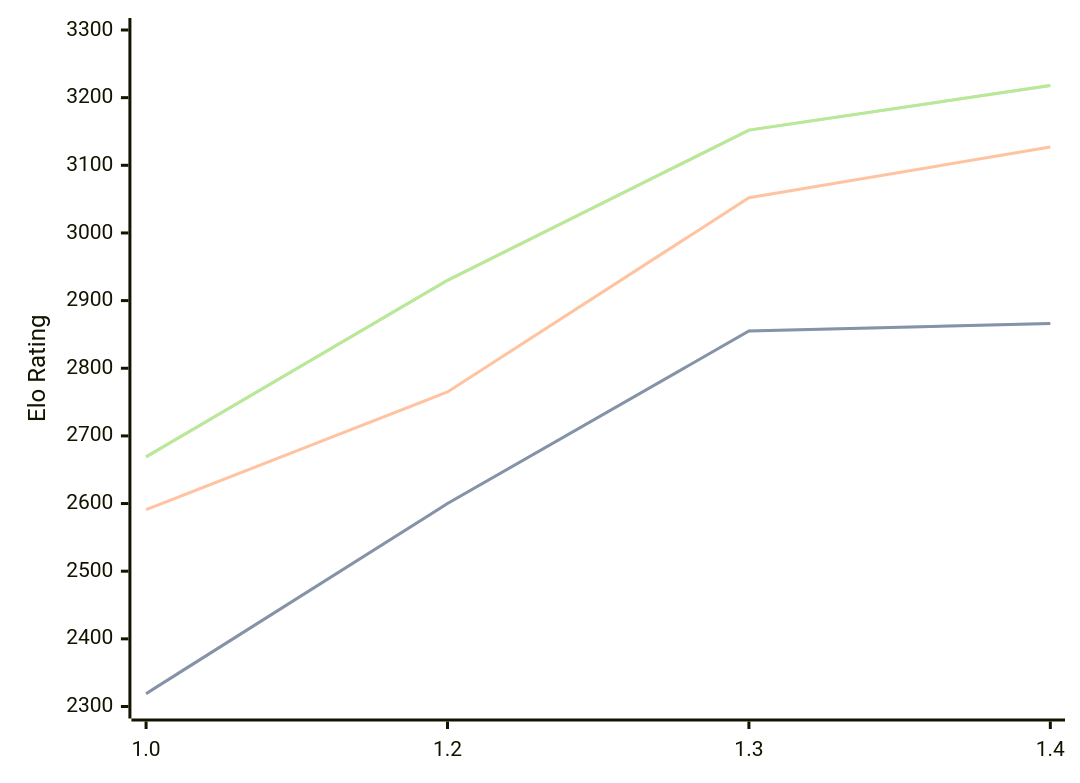
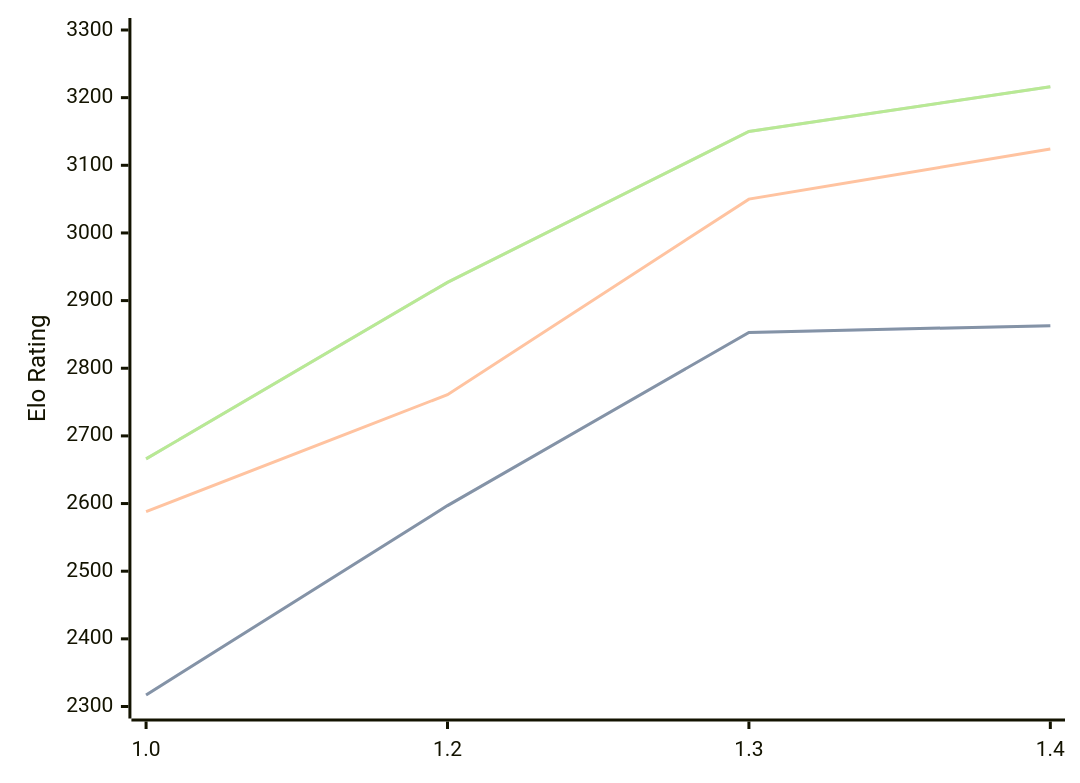
The diagram in engines/Chessnix.md (computer-chess-index/cci), drawn with Mermaid before and after one commit. The commit also changed other lines of this file, not shown here.

Commit message:
Update CCI Ratings (ELO VLTC) - 2026-06-08

````diff
--- a/engines/Chessnix.md
+++ b/engines/Chessnix.md
@@ -36,11 +36,11 @@
 ```mermaid
 %%{init: {"theme":"base","themeVariables":{"seriesColors:['#a3a3a3','#222221','#faa371']}}}%%
 xychart-beta
   x-axis ["1.0", "1.2", "1.3", "1.4"]
   y-axis "Elo Rating" 2300 --> 3300
-  line "STC (8.0+0.08s)" [2319, 2600, 2855, 2866]
-  line "STC (8.0+0.08s)" [2319, 2600, 2855, 2866]
-  line "LTC (60.0+0.60s)" [2591, 2765, 3052, 3127]
-  line "VLTC (2m24s+1.12s)" [2669, 2930, 3152, 3218]
-  line "VLTC (2m24s+1.12s)" [2669, 2930, 3152, 3218]
+  line "STC (8.0+0.08s)" [2317, 2597, 2853, 2863]
+  line "STC (8.0+0.08s)" [2317, 2597, 2853, 2863]
+  line "LTC (60.0+0.60s)" [2588, 2761, 3050, 3124]
+  line "VLTC (2m24s+1.12s)" [2666, 2927, 3150, 3216]
+  line "VLTC (2m24s+1.12s)" [2666, 2927, 3150, 3216]
 ```
````
